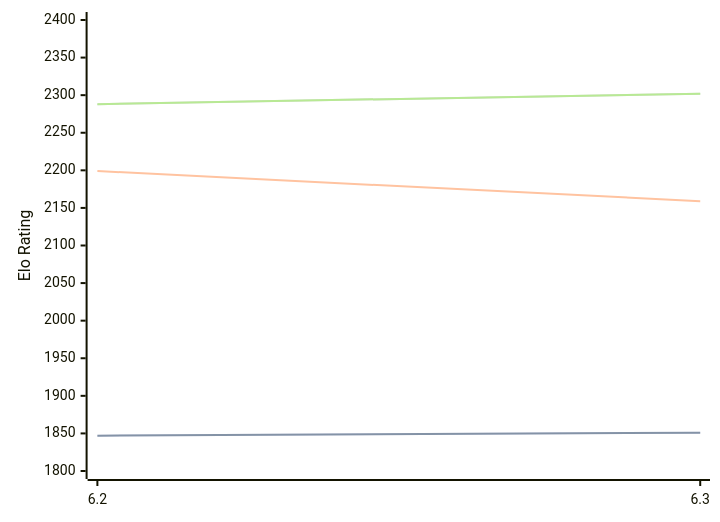
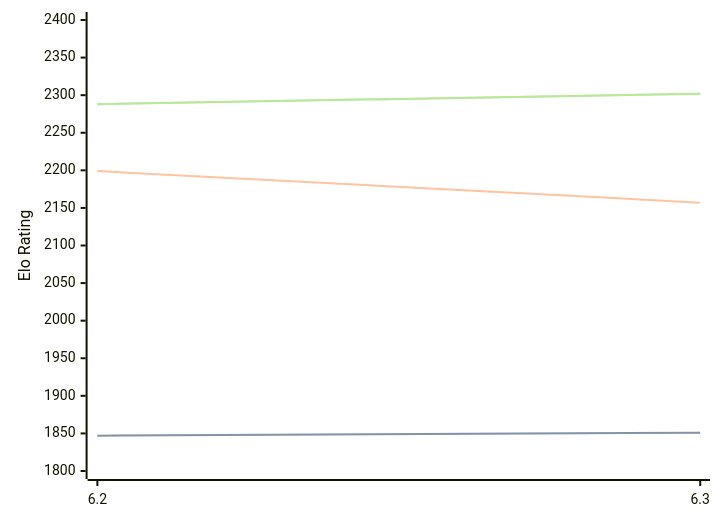
The first of 3 diagrams in engines/chess4j.md (computer-chess-index/cci), drawn with Mermaid before and after one commit. The commit also changed other lines of this file, not shown here.

````diff
--- a/engines/chess4j.md
+++ b/engines/chess4j.md
@@ -38,11 +38,11 @@
 ```mermaid
 %%{init: {"theme":"base","themeVariables":{"seriesColors:['#a3a3a3','#222221','#faa371']}}}%%
 xychart-beta
   x-axis ["6.2", "6.3"]
   y-axis "Elo Rating" 1800 --> 2400
   line "STC (8.0+0.08s)" [1847, 1851]
   line "STC (8.0+0.08s)" [1847, 1851]
-  line "LTC (60.0+0.60s)" [2199, 2159]
+  line "LTC (60.0+0.60s)" [2199, 2157]
   line "VLTC (2m24s+1.12s)" [2288, 2302]
   line "VLTC (2m24s+1.12s)" [2288, 2302]
 ```
````
